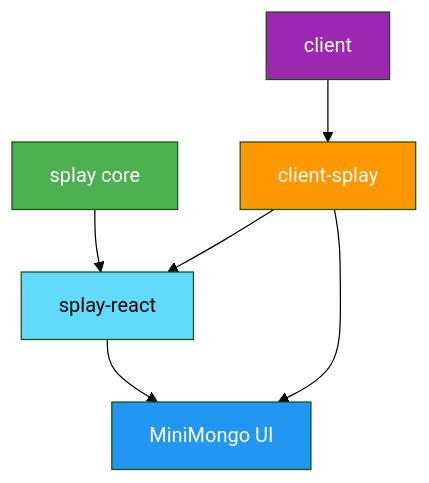
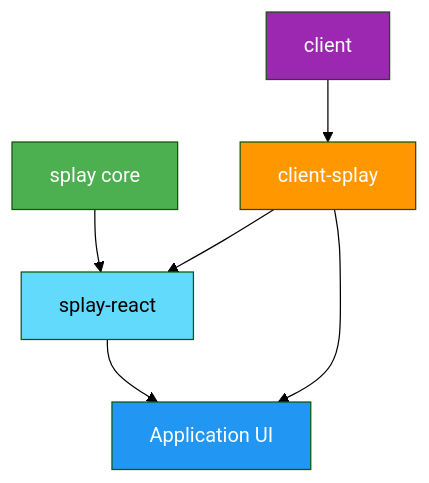
Before and after one commit to mark1russell7/splay-react: the fourth of 4 diagrams in README.md, drawn with Mermaid (forest theme). The commit also changed other lines of this file, not shown here.

Commit message:
docs: reword internal references (#69)

````diff
--- a/README.md
+++ b/README.md
@@ -783,14 +783,14 @@
 ```mermaid
 graph TD
     A[splay core] --> B[splay-react]
     C[client] --> D[client-splay]
     D --> B
-    B --> E[MiniMongo UI]
+    B --> E[Application UI]
     D --> E
 
     style A fill:#4CAF50,color:#fff
     style B fill:#61dafb,color:#000
     style C fill:#9C27B0,color:#fff
     style D fill:#FF9800,color:#fff
     style E fill:#2196F3,color:#fff
 ```
````
